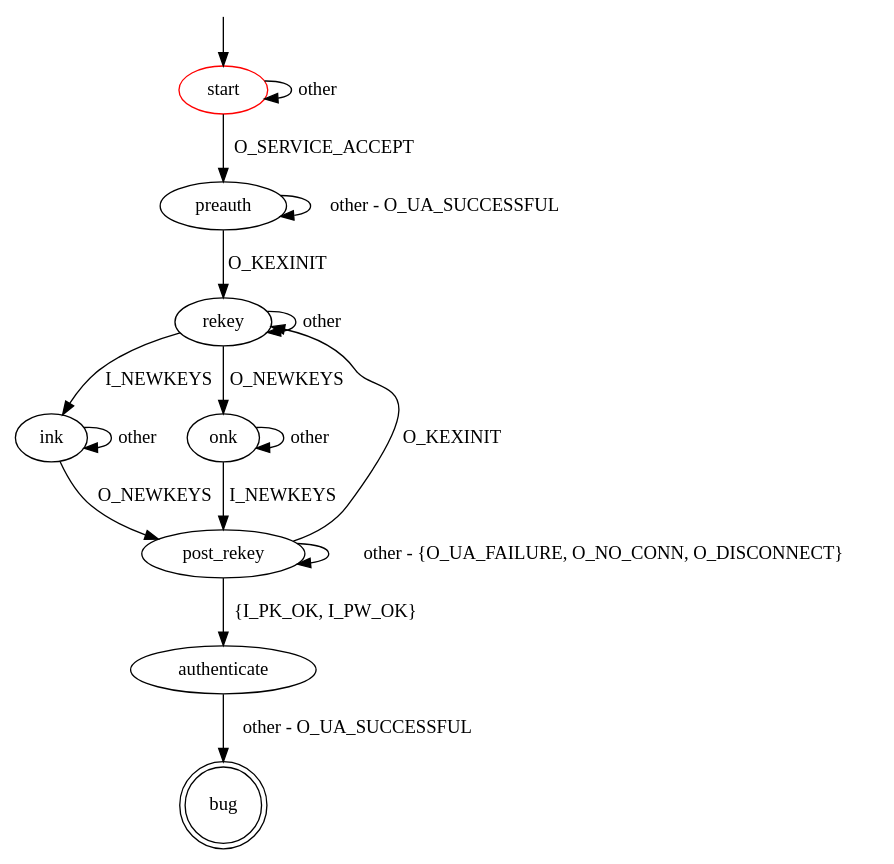
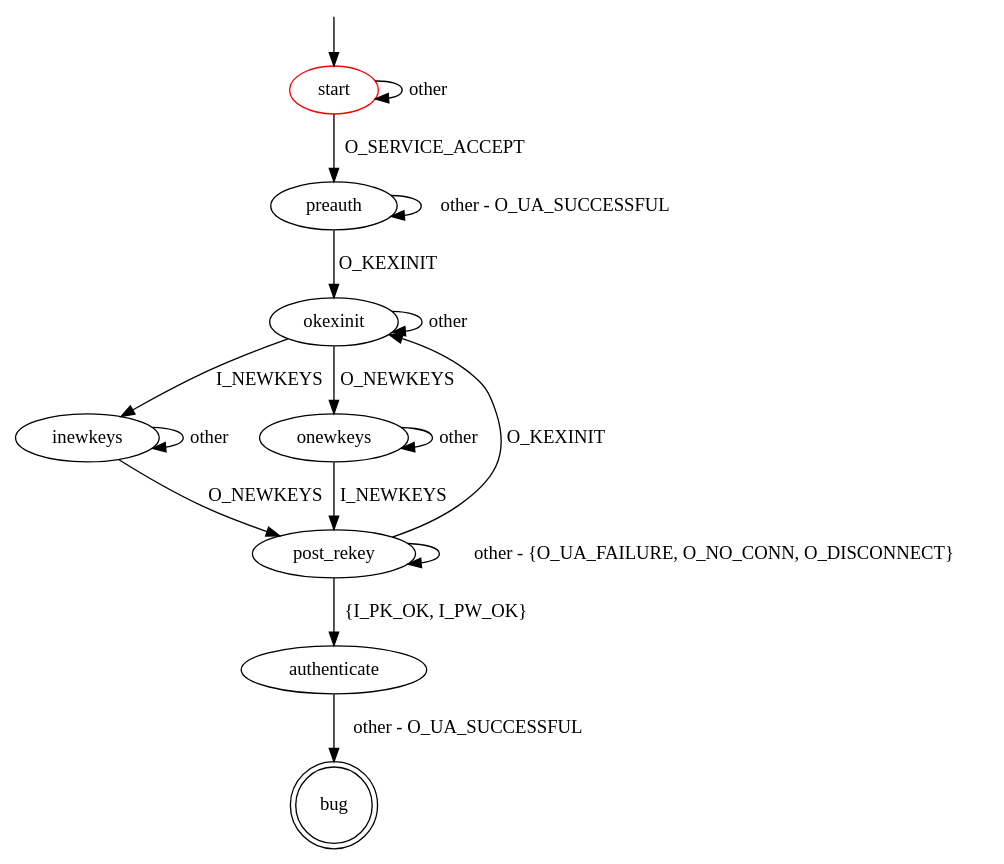
Before and after one commit to assist-project/state-machine-bug-finder: the diagram in src/main/resources/patterns/ssh/ua_unsuccessful_after_rekey.dot, drawn with Graphviz. The commit also changed 3 other files, not shown here.

```diff
--- a/src/main/resources/patterns/ssh/ua_unsuccessful_after_rekey.dot
+++ b/src/main/resources/patterns/ssh/ua_unsuccessful_after_rekey.dot
@@ -1,24 +1,29 @@
 digraph G {
 label=""
 start [color="red"]
 bug [shape="doublecircle"]
 
 start -> preauth [label="O_SERVICE_ACCEPT"]
 start -> start [label="other"]
-preauth -> rekey [label="O_KEXINIT"]
+
+preauth -> okexinit [label="O_KEXINIT"]
 preauth -> preauth [label="other - O_UA_SUCCESSFUL"]
-rekey -> ink [label="I_NEWKEYS"]
-rekey -> onk [label="O_NEWKEYS"]
-rekey -> rekey [label="other"]
-ink -> post_rekey [label="O_NEWKEYS"]
-ink -> ink [label="other"]
-onk -> post_rekey [label="I_NEWKEYS"]
-onk -> onk [label="other"]
-post_rekey -> rekey [label="O_KEXINIT"]
+
+okexinit -> inewkeys [label="I_NEWKEYS"]
+okexinit -> onewkeys [label="O_NEWKEYS"]
+okexinit -> okexinit [label="other"]
+
+inewkeys -> post_rekey [label="O_NEWKEYS"]
+inewkeys -> inewkeys [label="other"]
+onewkeys -> post_rekey [label="I_NEWKEYS"]
+onewkeys -> onewkeys [label="other"]
+
+post_rekey -> okexinit [label="O_KEXINIT"]
 post_rekey -> authenticate [label="{I_PK_OK, I_PW_OK}"]
 post_rekey -> post_rekey [label="other - {O_UA_FAILURE, O_NO_CONN, O_DISCONNECT}"]
+
 authenticate -> bug [label="other - O_UA_SUCCESSFUL"]
 
 __start0 [label="" shape="none" width="0" height="0"];
 __start0 -> start;
 }
```
